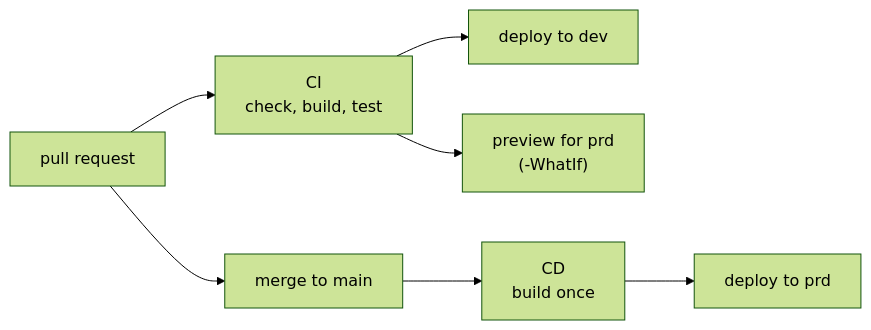
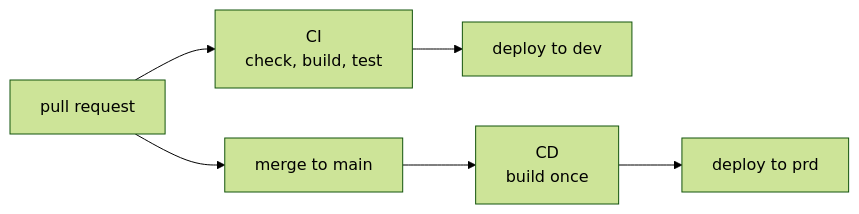
Before and after one commit to msckite/az-platform-kite: the diagram in docs/consumers/workflows/github-flow.md, drawn with Mermaid (forest theme). The commit also changed other lines of this file and 18 other files, not shown here.

````diff
--- a/docs/consumers/workflows/github-flow.md
+++ b/docs/consumers/workflows/github-flow.md
@@ -18,9 +18,8 @@
 ```mermaid
 flowchart LR
   PR["pull request"] --> CI["CI<br/>check, build, test"]
   CI --> DEV["deploy to dev"]
-  CI --> PREVIEW["preview for prd<br/>(-WhatIf)"]
   PR --> M["merge to main"]
   M --> CD["CD<br/>build once"]
   CD --> PRD["deploy to prd"]
 ```
````
